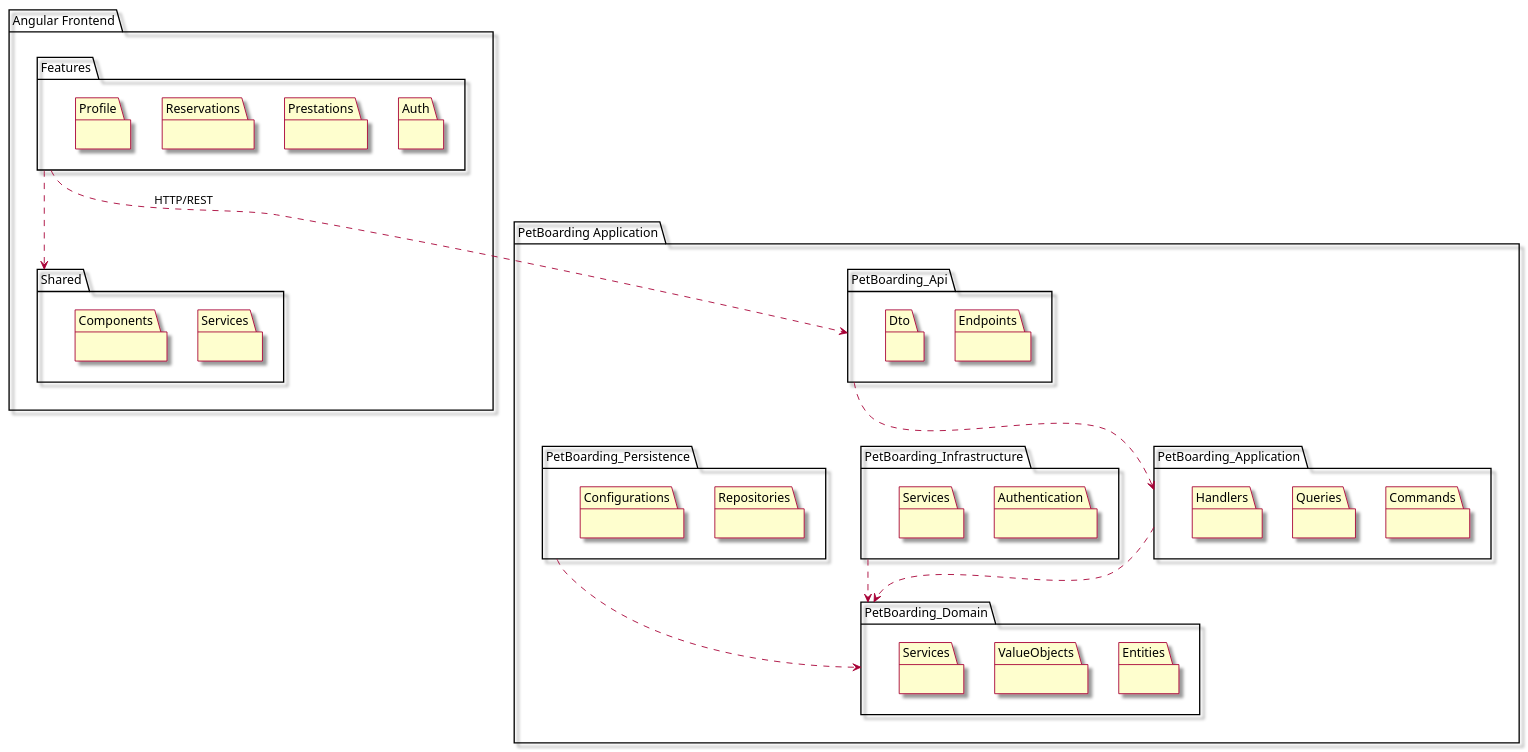
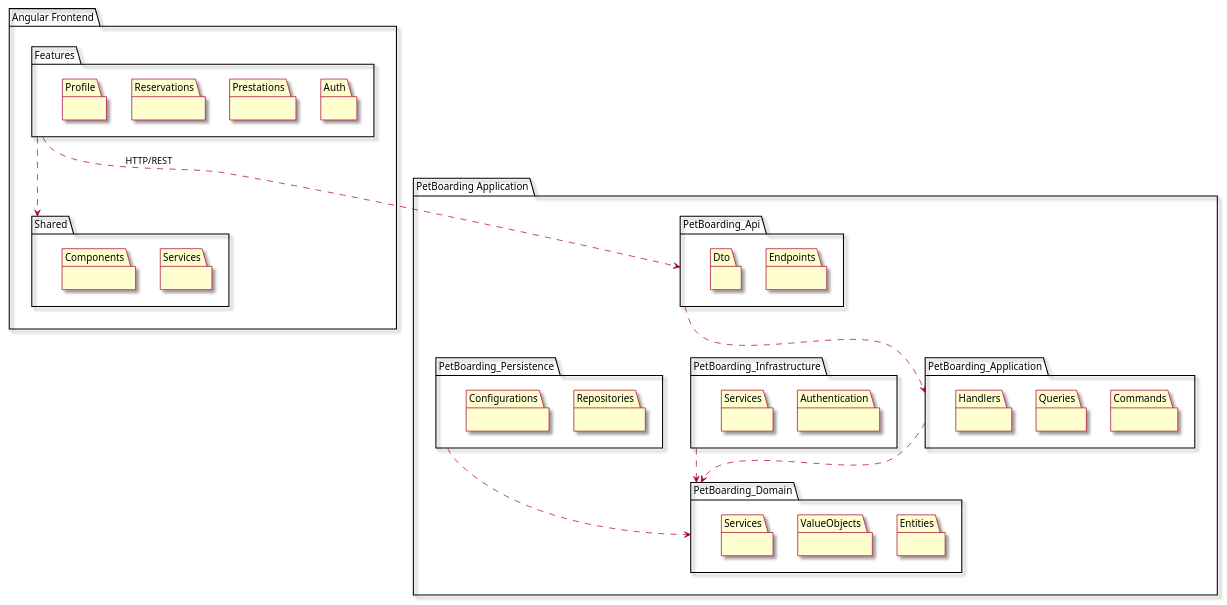
One commit to KevinG-FR/PetBoarding changed the first of 56 diagrams in Conception PetBoarding.md. Above: the diagram before and after it, drawn with PlantUML. The commit also changed other lines of this file, not shown here.

````diff
--- a/Conception PetBoarding.md
+++ b/Conception PetBoarding.md
@@ -194,74 +255,75 @@
 ```plantuml
 @startuml packages
+scale 0.8
 skin rose
 
 package "PetBoarding Application" {
   package "PetBoarding_Api" {
     package "Endpoints" {
     }
     package "Dto" {
     }
   }
 
   package "PetBoarding_Application" {
     package "Commands" {
     }
     package "Queries" {
     }
     package "Handlers" {
     }
   }
 
   package "PetBoarding_Domain" {
     package "Entities" {
     }
     package "ValueObjects" {
     }
     package "Services" {
     }
   }
 
   package "PetBoarding_Infrastructure" {
     package "Authentication" {
     }
     package "Services" {
     }
   }
 
   package "PetBoarding_Persistence" {
     package "Repositories" {
     }
     package "Configurations" {
     }
   }
 }
 
 package "Angular Frontend" {
   package "Features" {
     package "Auth" {
     }
     package "Prestations" {
     }
     package "Reservations" {
     }
     package "Profile" {
     }
   }
 
   package "Shared" {
     package "Services" {
     }
     package "Components" {
     }
   }
 }
 
 PetBoarding_Api ..> PetBoarding_Application
 PetBoarding_Application ..> PetBoarding_Domain
 PetBoarding_Infrastructure ..> PetBoarding_Domain
 PetBoarding_Persistence ..> PetBoarding_Domain
 Features ..> Shared
 Features ..> PetBoarding_Api : HTTP/REST
 
 @enduml
 ```
````
